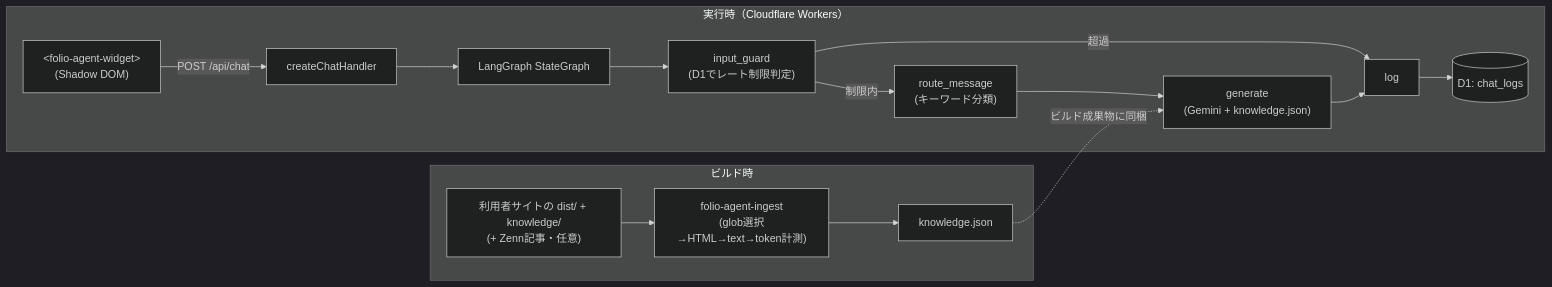
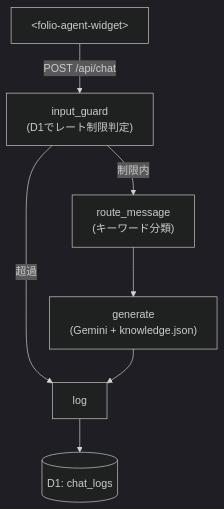
Before and after one commit to yktsnet/folio-agent: the second of 2 diagrams in README.md, drawn with Mermaid (dark theme). The commit also changed other lines of this file and 3 other files, not shown here.

````diff
--- a/README.md
+++ b/README.md
@@ -47,20 +57,9 @@
 ```mermaid
-flowchart LR
-    subgraph Build["ビルド時"]
-        Dist["利用者サイトの dist/ + knowledge/\n(+ Zenn記事・任意)"] --> CLI["folio-agent-ingest\n(glob選択→HTML→text→token計測)"]
-        CLI --> KnowledgeJson["knowledge.json"]
-    end
-
-    subgraph Runtime["実行時（Cloudflare Workers）"]
-        Widget["&lt;folio-agent-widget&gt;\n(Shadow DOM)"] -->|"POST /api/chat"| Handler["createChatHandler"]
-        Handler --> Graph["LangGraph StateGraph"]
-        Graph --> Guard["input_guard\n(D1でレート制限判定)"]
-        Guard -->|"制限内"| Route["route_message\n(キーワード分類)"]
-        Guard -->|"超過"| Log["log"]
-        Route --> Generate["generate\n(Gemini + knowledge.json)"]
-        Generate --> Log
-        Log --> D1[("D1: chat_logs")]
-    end
-
-    KnowledgeJson -.->|"ビルド成果物に同梱"| Generate
+flowchart TD
+    Widget["&lt;folio-agent-widget&gt;"] -->|"POST /api/chat"| Guard["input_guard\n(D1でレート制限判定)"]
+    Guard -->|"制限内"| Route["route_message\n(キーワード分類)"]
+    Guard -->|"超過"| Log["log"]
+    Route --> Generate["generate\n(Gemini + knowledge.json)"]
+    Generate --> Log
+    Log --> D1[("D1: chat_logs")]
 ```
````
